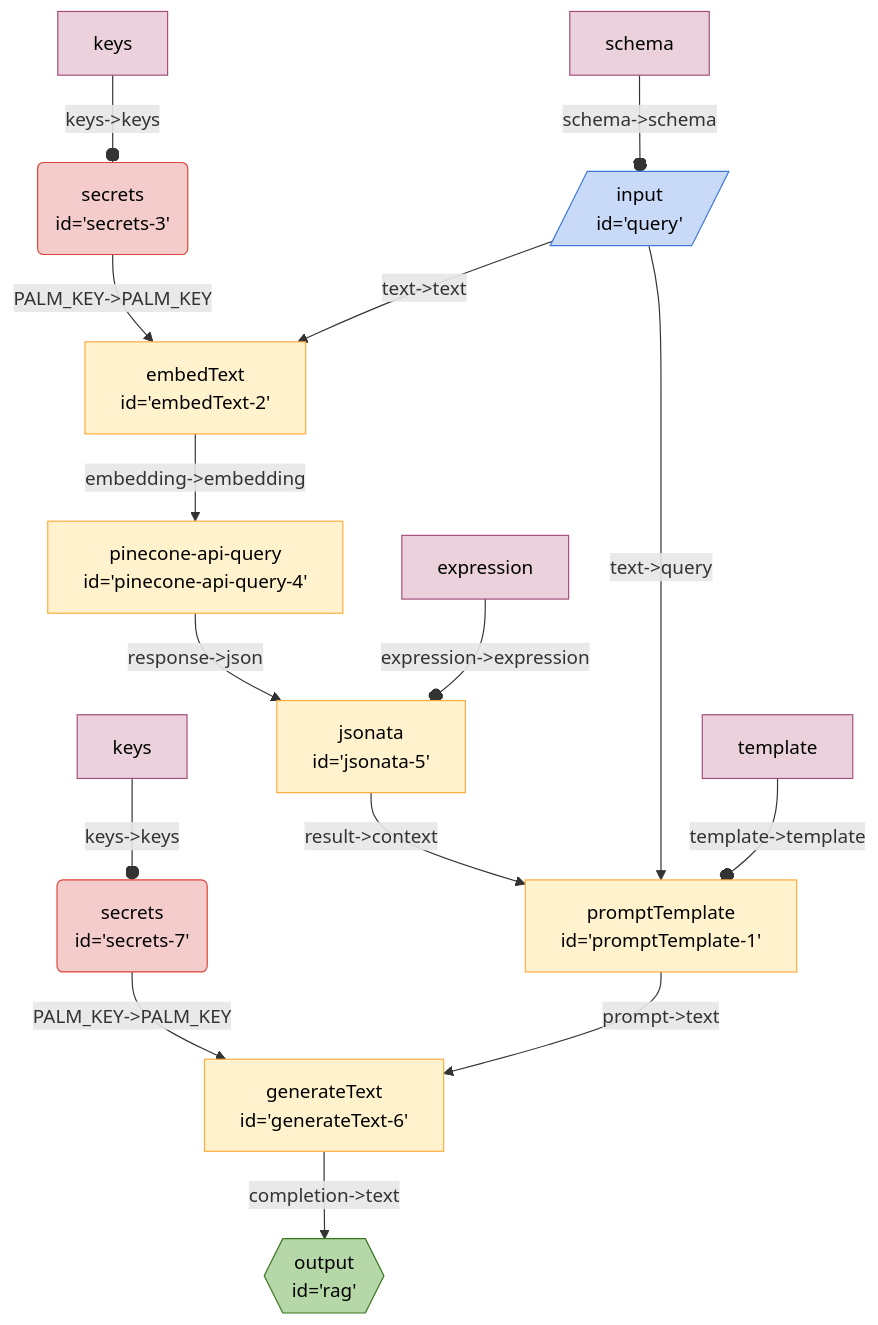
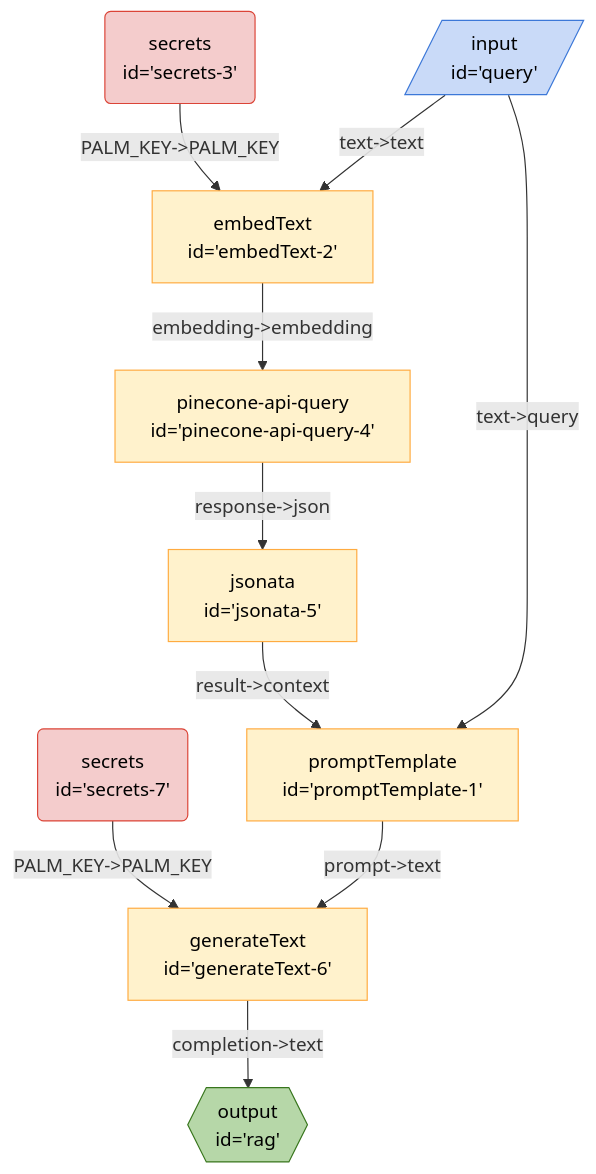
Before and after one commit to breadboard-ai/breadboard: the diagram in seeds/graph-playground/docs/graphs/pinecone-query.md, drawn with Mermaid. The commit also changed 30 other files, not shown here.

````diff
--- a/seeds/graph-playground/docs/graphs/pinecone-query.md
+++ b/seeds/graph-playground/docs/graphs/pinecone-query.md
@@ -5,26 +5,21 @@
   ```mermaid
   %%{init: 'themeVariables': { 'fontFamily': 'Fira Code, monospace' }}%%
 graph TD;
 secrets3("secrets <br> id='secrets-3'"):::secrets -- "PALM_KEY->PALM_KEY" --> embedText2["embedText <br> id='embedText-2'"]
 jsonata5["jsonata <br> id='jsonata-5'"] -- "result->context" --> promptTemplate1["promptTemplate <br> id='promptTemplate-1'"]
 pineconeapiquery4["pinecone-api-query <br> id='pinecone-api-query-4'"] -- "response->json" --> jsonata5["jsonata <br> id='jsonata-5'"]
 embedText2["embedText <br> id='embedText-2'"] -- "embedding->embedding" --> pineconeapiquery4["pinecone-api-query <br> id='pinecone-api-query-4'"]
 query[/"input <br> id='query'"/]:::input -- "text->text" --> embedText2["embedText <br> id='embedText-2'"]
 query[/"input <br> id='query'"/]:::input -- "text->query" --> promptTemplate1["promptTemplate <br> id='promptTemplate-1'"]
 secrets7("secrets <br> id='secrets-7'"):::secrets -- "PALM_KEY->PALM_KEY" --> generateText6["generateText <br> id='generateText-6'"]
 generateText6["generateText <br> id='generateText-6'"] -- "completion->text" --> rag{{"output <br> id='rag'"}}:::output
 promptTemplate1["promptTemplate <br> id='promptTemplate-1'"] -- "prompt->text" --> generateText6["generateText <br> id='generateText-6'"]
-templatepromptTemplate1[template]:::config -- "template->template" --o promptTemplate1
-schemaquery[schema]:::config -- "schema->schema" --o query
-keyssecrets3[keys]:::config -- "keys->keys" --o secrets3
-expressionjsonata5[expression]:::config -- "expression->expression" --o jsonata5
-keyssecrets7[keys]:::config -- "keys->keys" --o secrets7
 classDef default stroke:#ffab40,fill:#fff2ccff,color:#000
 classDef input stroke:#3c78d8,fill:#c9daf8ff,color:#000
 classDef output stroke:#38761d,fill:#b6d7a8ff,color:#000
 classDef passthrough stroke:#a64d79,fill:#ead1dcff,color:#000
 classDef slot stroke:#a64d79,fill:#ead1dcff,color:#000
 classDef config stroke:#a64d79,fill:#ead1dcff,color:#000
 classDef secrets stroke:#db4437,fill:#f4cccc,color:#000
 classDef slotted stroke:#a64d79
   ```
````
